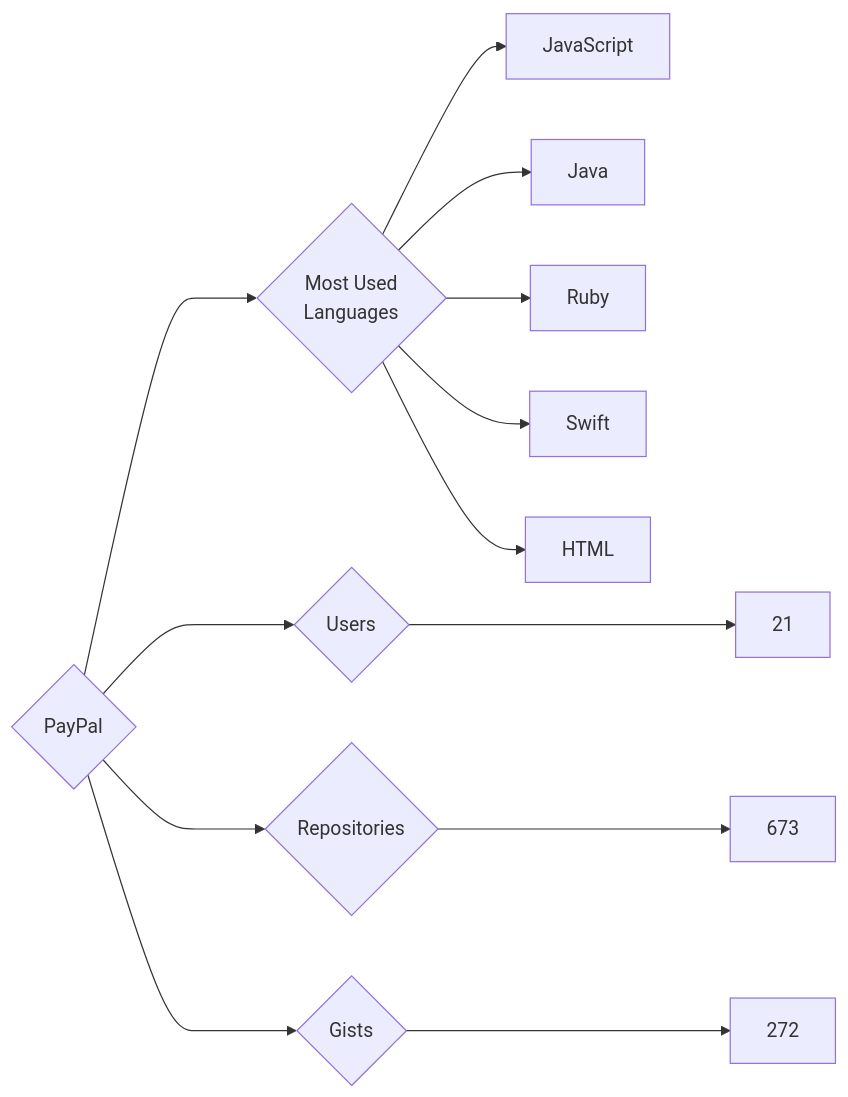
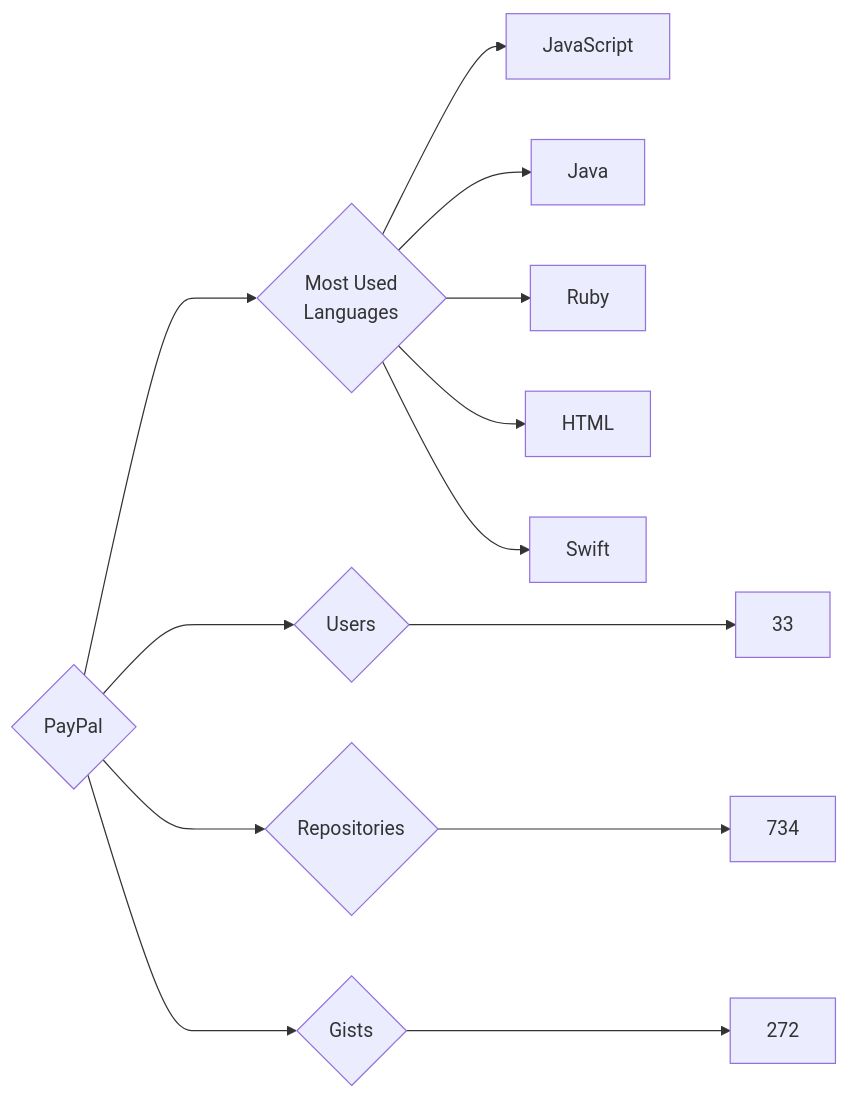
Before and after one commit to trickest/insiders: the diagram in targets/PayPal/README.md, drawn with Mermaid. The commit also changed 823 other files, not shown here.

````diff
--- a/targets/PayPal/README.md
+++ b/targets/PayPal/README.md
@@ -3,13 +3,13 @@
 ```mermaid
 graph LR
 COMPANY_NAME{PayPal}
-COMPANY_NAME ---> U{Users} ---> UN[21]
-COMPANY_NAME ---> R{Repositories} ---> RN[673]
+COMPANY_NAME ---> U{Users} ---> UN[33]
+COMPANY_NAME ---> R{Repositories} ---> RN[734]
 COMPANY_NAME ---> G{Gists} ---> GN[272]
 COMPANY_NAME ---> ML{Most Used<br>Languages}
 ML --> JavaScript[JavaScript]
 ML --> Java[Java]
 ML --> Ruby[Ruby]
+ML --> HTML[HTML]
 ML --> Swift[Swift]
-ML --> HTML[HTML]
 ```
````
